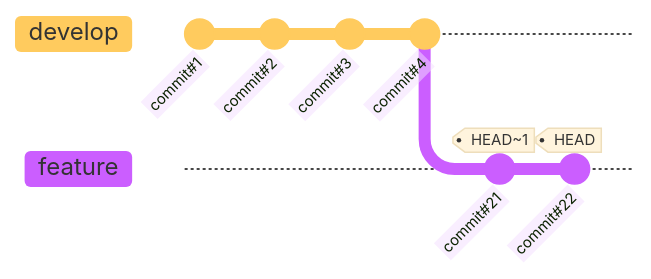
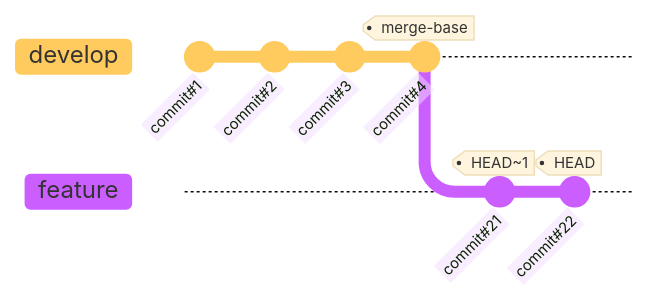
Before and after one commit to younisshah/not-core-web: the second of 3 diagrams in README.md, drawn with Mermaid. The commit also changed other lines of this file and 6 other files, not shown here.

````diff
--- a/README.md
+++ b/README.md
@@ -10,12 +10,12 @@
 ```mermaid
 %%{init: { 'logLevel': 'debug', 'theme': 'base', 'gitGraph': {'showBranches': true, 'showCommitLabel':true,'mainBranchName': 'develop'}} }%%
 gitGraph
     commit id:"commit#1"
     commit id:"commit#2"
     commit id:"commit#3"
-    commit id:"commit#4"
+    commit id:"commit#4" tag: "merge-base"
     branch feature
     checkout feature
     commit id:"commit#21" tag: "HEAD~1"
     commit id:"commit#22" tag: "HEAD"
 ```
````
